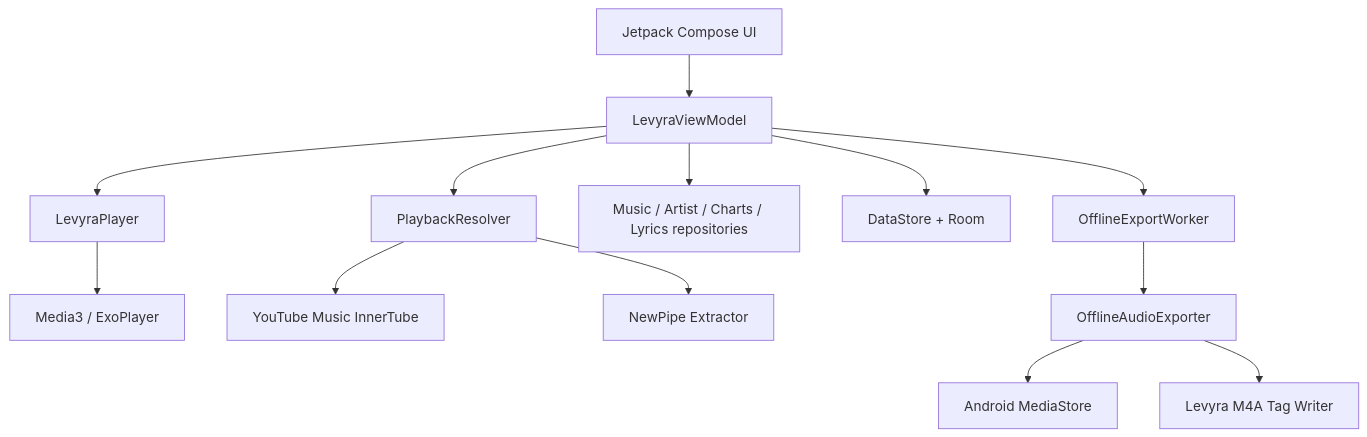
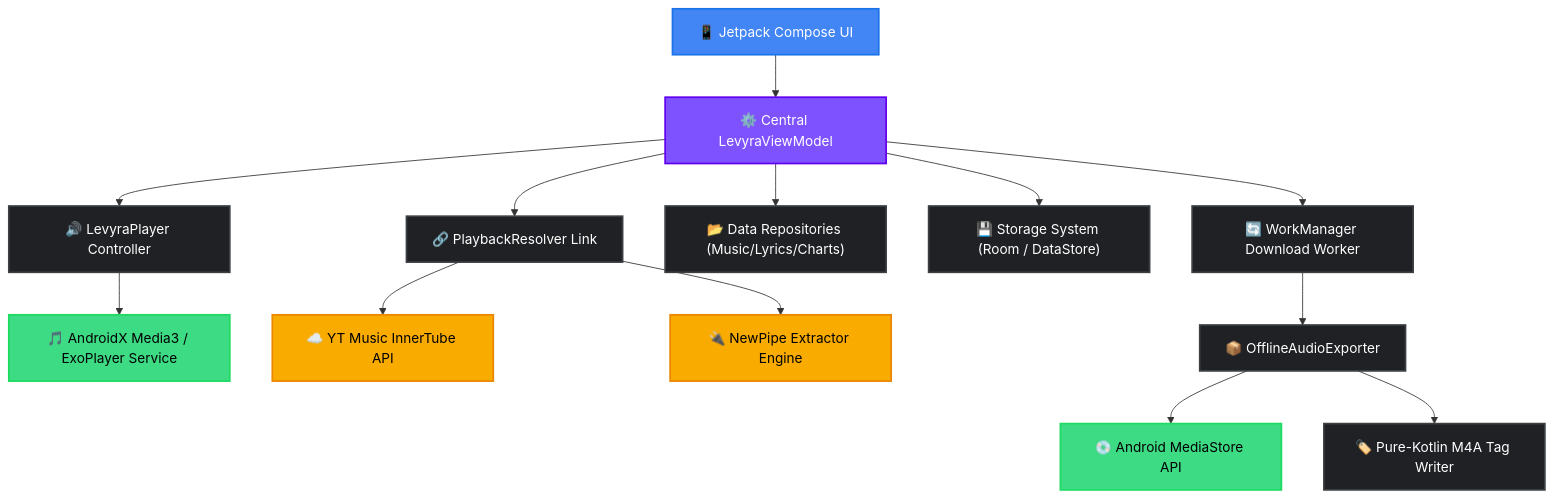
The diagram in README.md (LUC4N3X/Levyra-deepsound), drawn with Mermaid before and after one commit. The commit also changed other lines of this file, not shown here.

````diff
--- a/README.md
+++ b/README.md
@@ -107,15 +117,26 @@
 ```mermaid
 graph TD
-    UI[Jetpack Compose UI] --> VM[LevyraViewModel]
-    VM --> Player[LevyraPlayer]
-    VM --> Resolver[PlaybackResolver]
-    VM --> Repos[Music / Artist / Charts / Lyrics repositories]
-    VM --> Store[DataStore + Room]
-    VM --> Work[OfflineExportWorker]
-    Player --> Media3[Media3 / ExoPlayer]
-    Resolver --> InnerTube[YouTube Music InnerTube]
-    Resolver --> NewPipe[NewPipe Extractor]
-    Work --> Exporter[OfflineAudioExporter]
-    Exporter --> MediaStore[Android MediaStore]
-    Exporter --> Tagger[Levyra M4A Tag Writer]
+    %% Custom Styling Theme
+    classDef ui fill:#4285F4,stroke:#1A73E8,stroke-width:2px,color:#fff;
+    classDef vm fill:#7F52FF,stroke:#6200EE,stroke-width:2px,color:#fff;
+    classDef core fill:#202124,stroke:#3C4043,stroke-width:2px,color:#fff;
+    classDef engine fill:#3DDC84,stroke:#1DDB60,stroke-width:2px,color:#000;
+    classDef ext fill:#F9AB00,stroke:#EA8600,stroke-width:2px,color:#000;
+
+    UI["📱 Jetpack Compose UI"]:::ui --> VM["⚙️ Central LevyraViewModel"]:::vm
+    
+    VM --> Player["🔊 LevyraPlayer Controller"]:::core
+    VM --> Resolver["🔗 PlaybackResolver Link"]:::core
+    VM --> Repos["📂 Data Repositories (Music/Lyrics/Charts)"]:::core
+    VM --> Store["💾 Storage System (Room / DataStore)"]:::core
+    VM --> Work["🔄 WorkManager Download Worker"]:::core
+    
+    Player --> Media3["🎵 AndroidX Media3 / ExoPlayer Service"]:::engine
+    
+    Resolver --> InnerTube["☁️ YT Music InnerTube API"]:::ext
+    Resolver --> NewPipe["🔌 NewPipe Extractor Engine"]:::ext
+    
+    Work --> Exporter["📦 OfflineAudioExporter"]:::core
+    Exporter --> MediaStore["💿 Android MediaStore API"]:::engine
+    Exporter --> Tagger["🏷️ Pure-Kotlin M4A Tag Writer"]:::core
 ```
````
